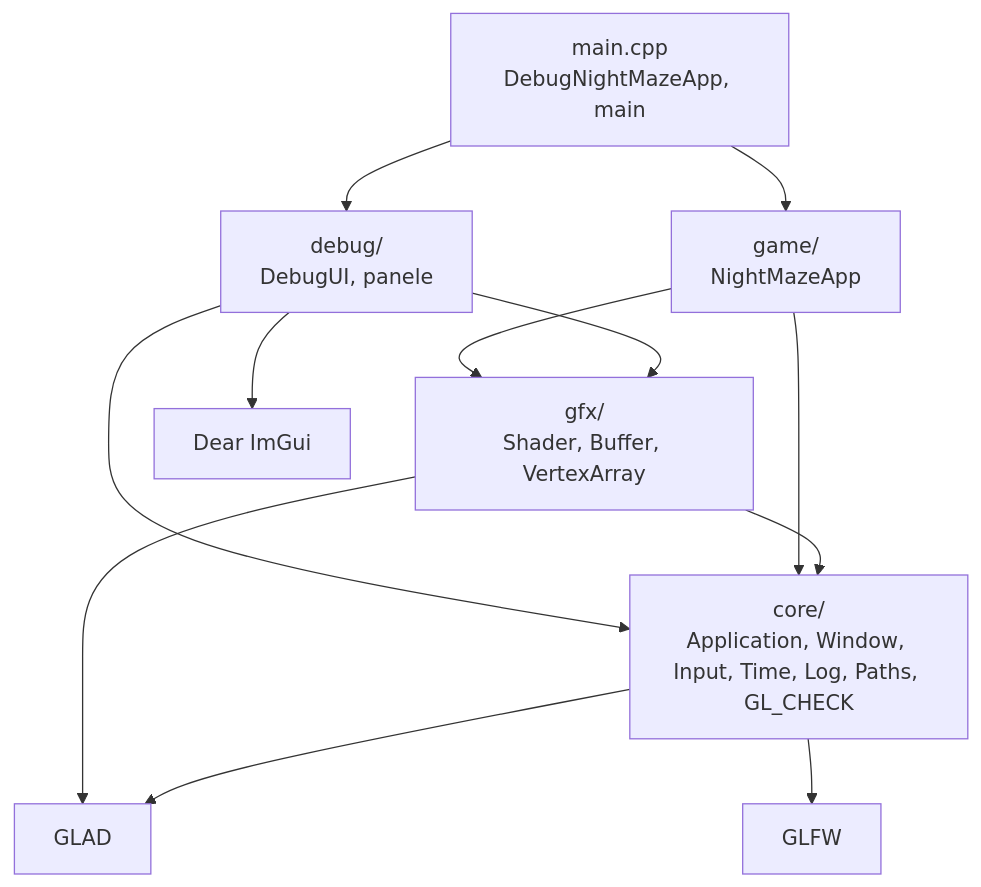
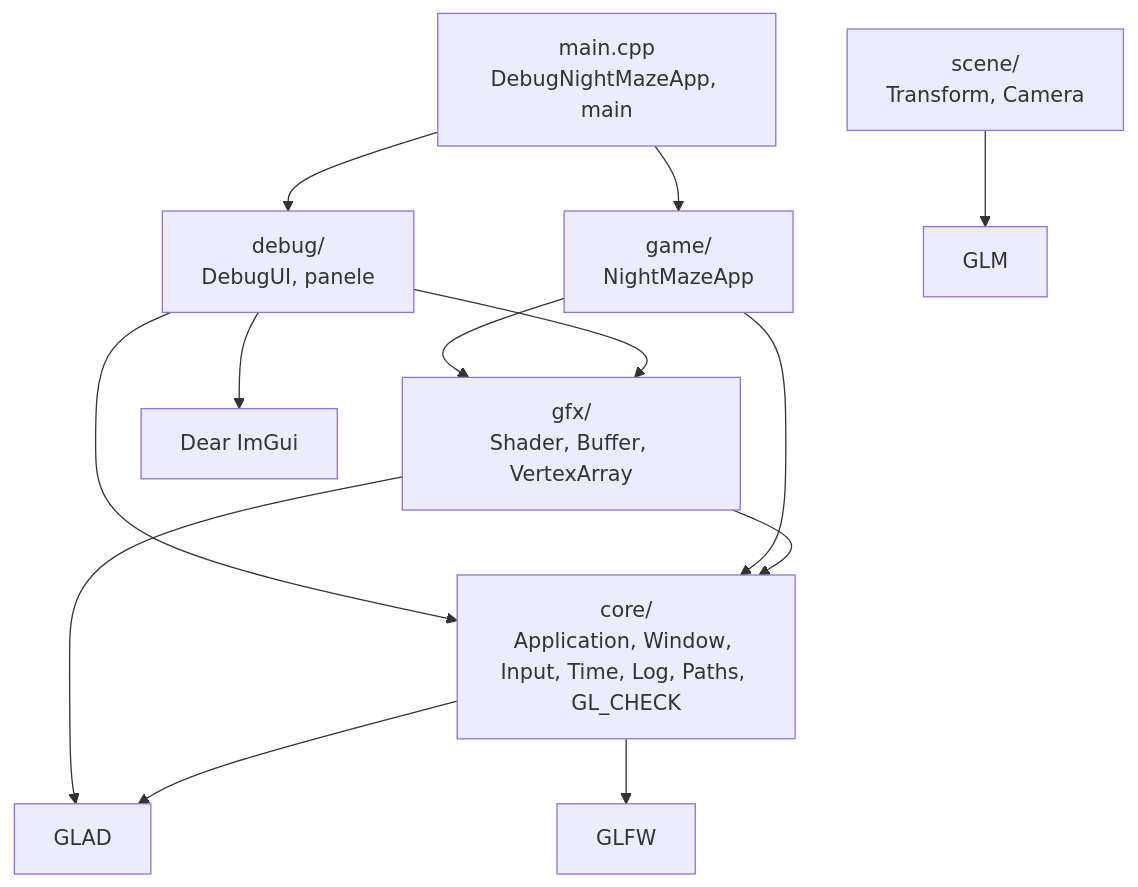
The third of 4 diagrams in docs/modules/gfx/README.md (Shironex/night-maze), drawn with Mermaid before and after one commit. The commit also changed other lines of this file and 15 other files, not shown here.

First line of the commit message:
feat(scene): add Transform and Camera

````diff
--- a/docs/modules/gfx/README.md
+++ b/docs/modules/gfx/README.md
@@ -103,14 +103,15 @@
 ```mermaid
 flowchart TD
     Main["main.cpp<br/>DebugNightMazeApp, main"] --> Debug["debug/<br/>DebugUI, panele"]
     Main --> Game["game/<br/>NightMazeApp"]
     Debug --> Core["core/<br/>Application, Window, Input, Time, Log, Paths, GL_CHECK"]
     Game --> Core
     Game --> Gfx
     Debug --> Gfx
     Gfx["gfx/<br/>Shader, Buffer, VertexArray"] --> Core
+    Scene["scene/<br/>Transform, Camera"] --> Glm["GLM"]
     Gfx --> Glad["GLAD"]
     Core --> Glad
     Core --> Glfw["GLFW"]
     Debug --> ImGui["Dear ImGui"]
 ```
````
